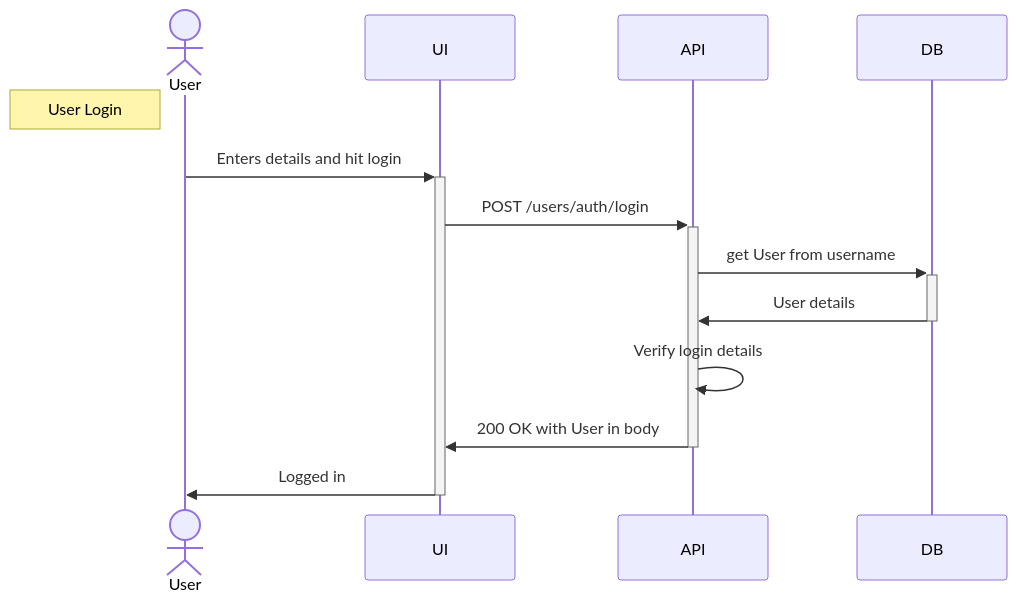
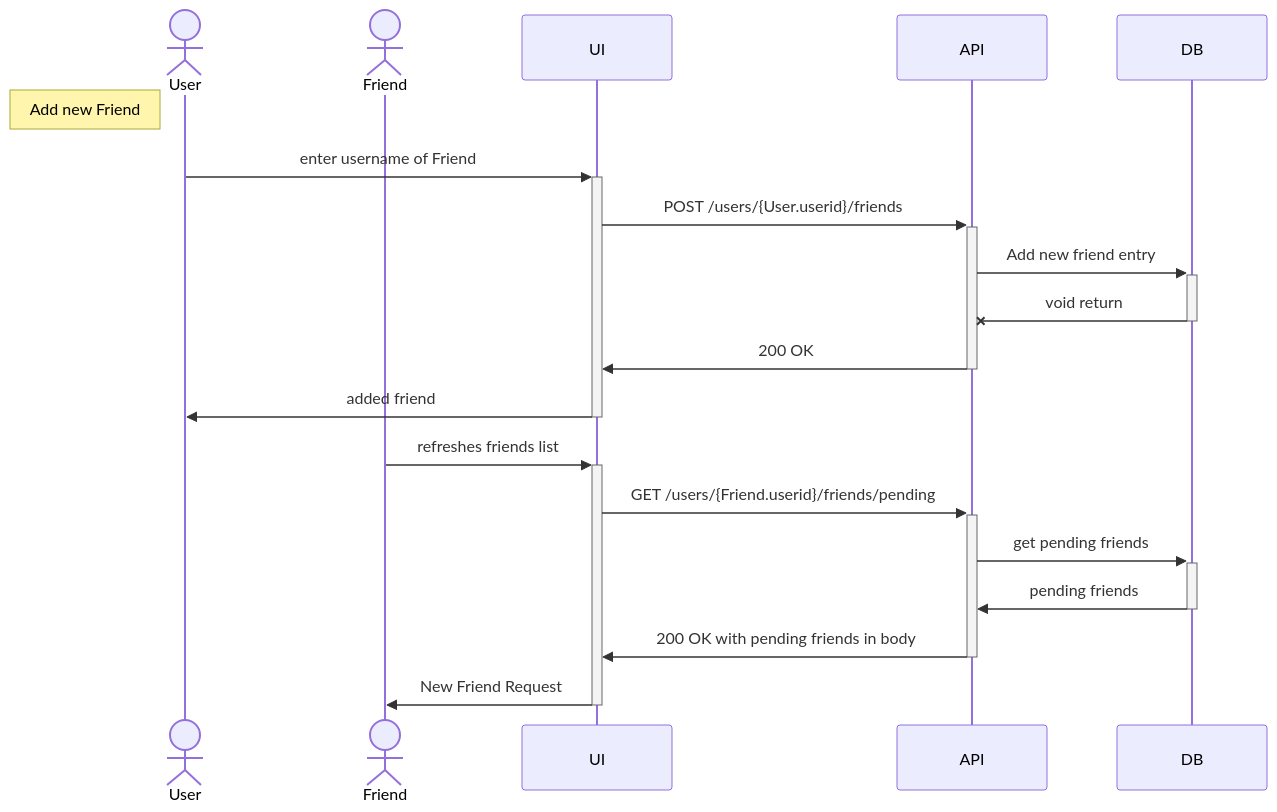
Before and after one commit to InternetEnemies/CombatCritters: the second of 2 diagrams in Documents/SequenceDiagrams/UserProfiles.md, drawn with Mermaid. The commit also changed other lines of this file, not shown here.

Commit message:
register, and friend sequences

````diff
--- a/Documents/SequenceDiagrams/UserProfiles.md
+++ b/Documents/SequenceDiagrams/UserProfiles.md
@@ -2,17 +38,22 @@
 ```mermaid
 sequenceDiagram
 actor User
+actor Friend
 participant UI
-participant API 
+participant API
 participant DB
 
-note left of User: User Login
-User->>+UI: Enters details and hit login
-UI->>+API: POST /users/auth/login
-API->>+DB: get User from username
-DB->>-API: User details
-API->>API: Verify login details
-API->>-UI: 200 OK with User in body
-UI->>-User: Logged in
-
+note left of User: Add new Friend
+    User->>+UI: enter username of Friend
+    UI->>+API: POST /users/{User.userid}/friends
+    API->>+DB: Add new friend entry
+    DB-x-API: void return
+    API->>-UI: 200 OK
+    UI->>-User: added friend
+    Friend->>+UI: refreshes friends list
+    UI->>+API: GET /users/{Friend.userid}/friends/pending
+    API->>+DB: get pending friends
+    DB->>-API: pending friends
+    API->>-UI: 200 OK with pending friends in body
+    UI->>-Friend: New Friend Request
 ```
````
